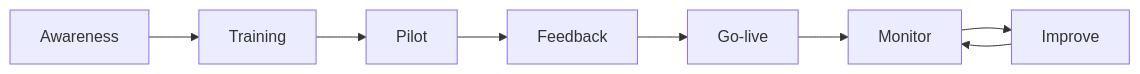
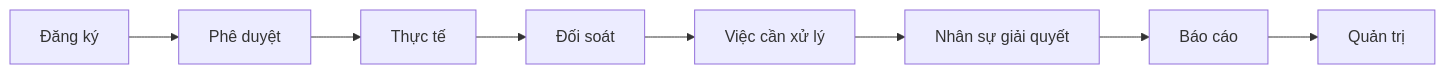
Diagram 15 of 15 in MÔ HÌNH/DOCUMENTATION/07_PRESENTATION.md (Nang0559/Reggister), drawn with Mermaid before and after one commit. The commit also changed other lines of this file and 256 other files, not shown here.

````diff
--- a/MÔ HÌNH/DOCUMENTATION/07_PRESENTATION.md
+++ b/MÔ HÌNH/DOCUMENTATION/07_PRESENTATION.md
@@ -530,10 +520,10 @@
 ```mermaid
 flowchart LR
-    A[Awareness] --> T[Training]
-    T --> P[Pilot]
-    P --> F[Feedback]
-    F --> G[Go-live]
-    G --> M[Monitor]
-    M --> I[Improve]
-    I --> M
+    A[Đăng ký] --> B[Phê duyệt]
+    B --> C[Thực tế]
+    C --> D[Đối soát]
+    D --> E[Việc cần xử lý]
+    E --> F[Nhân sự giải quyết]
+    F --> G[Báo cáo]
+    G --> H[Quản trị]
 ```
````
